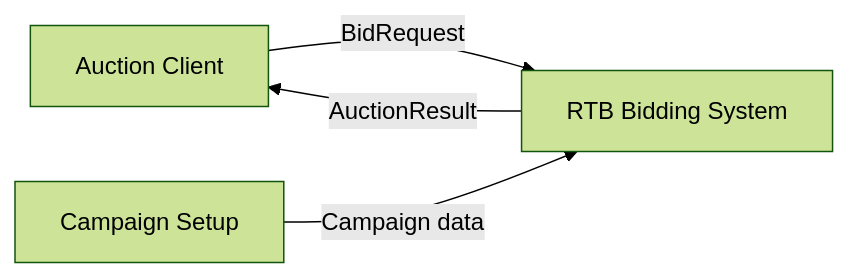
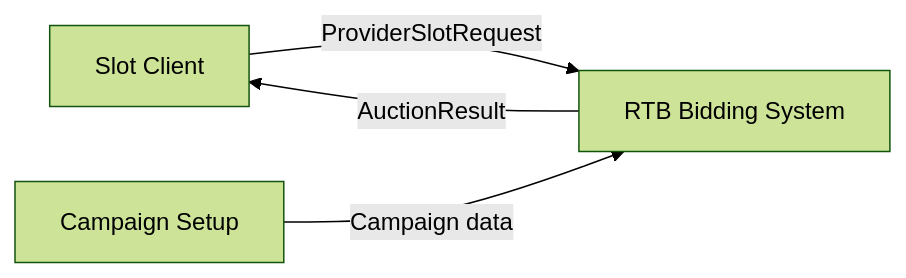
One commit to bbororo5/low-latency-openrtb-auction changed the first of 2 diagrams in docs/ARCHITECTURE.md. Above: the diagram before and after it, drawn with Mermaid (forest theme). The commit also changed other lines of this file and 14 other files, not shown here.

Commit message:
Align docs with slot request ingress

````diff
--- a/docs/ARCHITECTURE.md
+++ b/docs/ARCHITECTURE.md
@@ -130,11 +133,11 @@
 ```mermaid
 flowchart LR
-    publisher["Auction Client"]
+    publisher["Slot Client"]
     advertiser["Campaign Setup"]
     system["RTB Bidding System"]
 
-    publisher -->|"BidRequest"| system
+    publisher -->|"ProviderSlotRequest"| system
     system -->|"AuctionResult"| publisher
 
     advertiser -->|"Campaign data"| system
 ```
````
